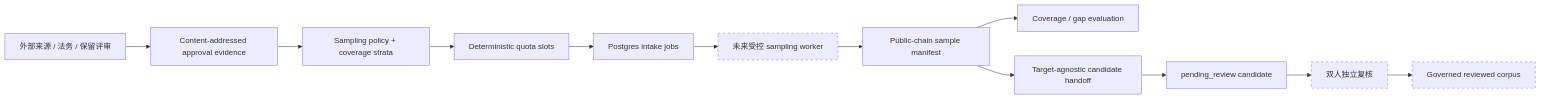
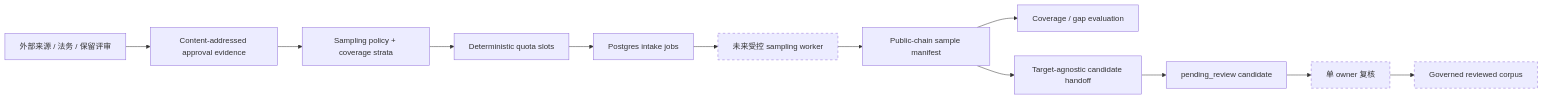
One commit to spencer17x/xxyy-ask changed the first of 2 diagrams in docs/evm-chain-analysis-sampling.md. Above: the diagram before and after it, drawn with Mermaid. The commit also changed other lines of this file and 39 other files, not shown here.

````diff
--- a/docs/evm-chain-analysis-sampling.md
+++ b/docs/evm-chain-analysis-sampling.md
@@ -17,18 +17,18 @@
 ```mermaid
 flowchart LR
   ExternalReview["外部来源 / 法务 / 保留评审"] --> Approval["Content-addressed approval evidence"]
   Approval --> Policy["Sampling policy + coverage strata"]
   Policy --> Plan["Deterministic quota slots"]
   Plan --> Jobs["Postgres intake jobs"]
   Jobs --> Worker["未来受控 sampling worker"]
   Worker --> Manifest["Public-chain sample manifest"]
   Manifest --> Coverage["Coverage / gap evaluation"]
   Manifest --> Handoff["Target-agnostic candidate handoff"]
   Handoff --> Candidate["pending_review candidate"]
-  Candidate --> Review["双人独立复核"]
+  Candidate --> Review["单 owner 复核"]
   Review --> Corpus["Governed reviewed corpus"]
 
   style Worker stroke-dasharray: 5 5
   style Review stroke-dasharray: 5 5
   style Corpus stroke-dasharray: 5 5
 ```
````
